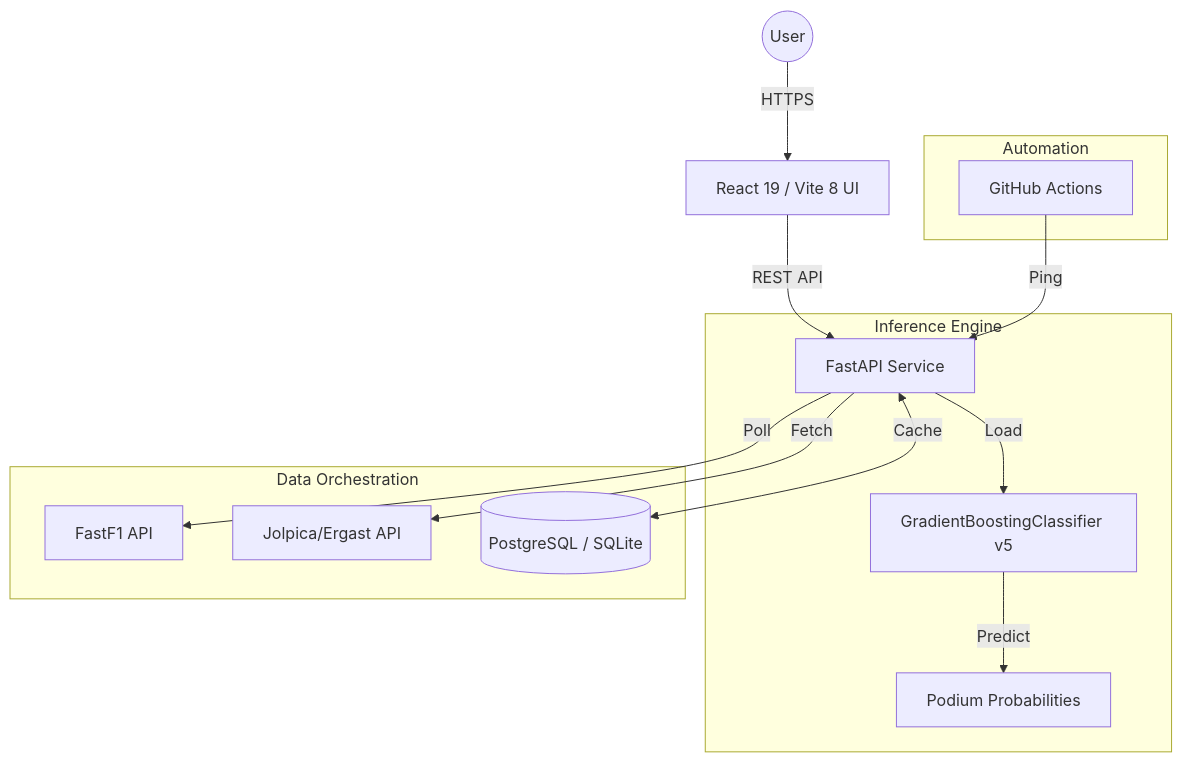
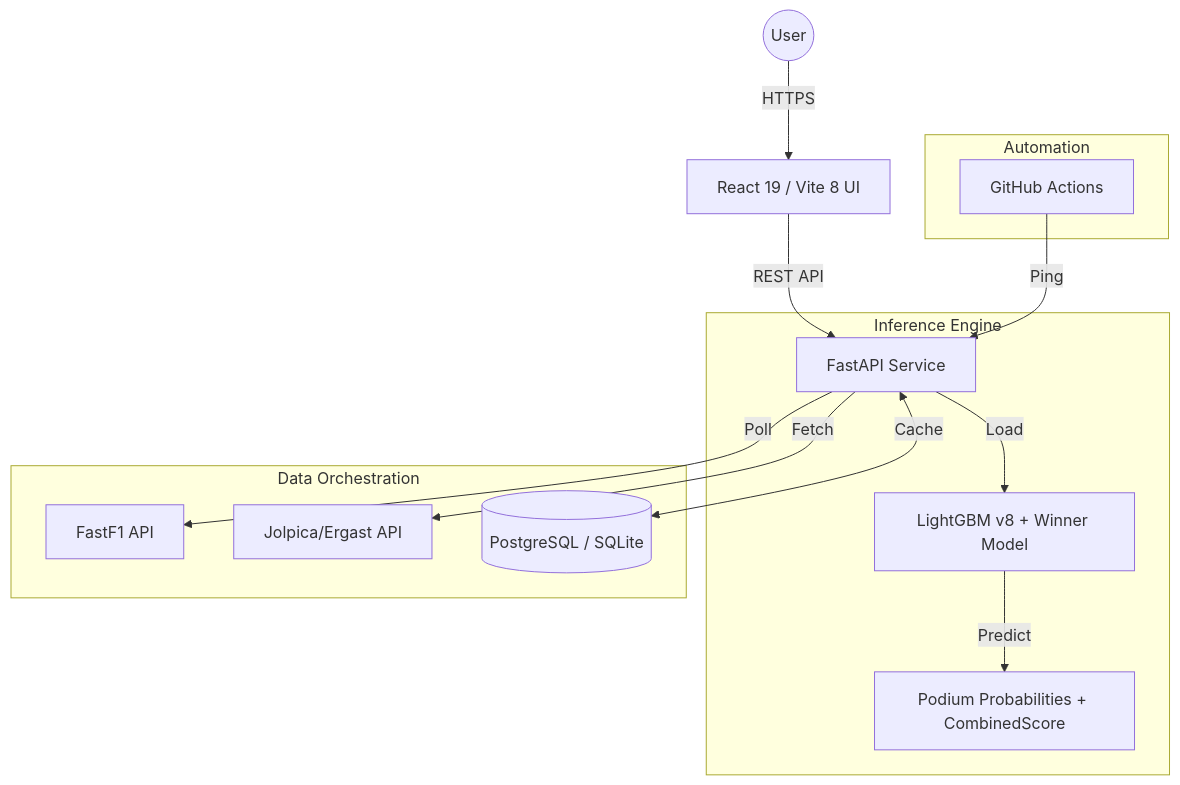
One commit to AakashVijeta/f1-podium-predictor changed the diagram in README.md. Above: the diagram before and after it, drawn with Mermaid. The commit also changed other lines of this file and 15 other files, not shown here.

````diff
--- a/README.md
+++ b/README.md
@@ -29,20 +29,20 @@
 ```mermaid
 graph TD
     User((User)) -->|HTTPS| Frontend[React 19 / Vite 8 UI]
     Frontend -->|REST API| Backend[FastAPI Service]
     
     subgraph "Inference Engine"
-        Backend -->|Load| Model[GradientBoostingClassifier v5]
-        Model -->|Predict| Probs[Podium Probabilities]
+        Backend -->|Load| Model[LightGBM v8 + Winner Model]
+        Model -->|Predict| Probs[Podium Probabilities + CombinedScore]
     end
 
     subgraph "Data Orchestration"
         Backend -->|Poll| FastF1[FastF1 API]
         Backend -->|Fetch| Jolpica[Jolpica/Ergast API]
         Backend <-->|Cache| DB[(PostgreSQL / SQLite)]
     end
 
     subgraph "Automation"
         GHA[GitHub Actions] -->|Ping| Backend
     end
 ```
````
